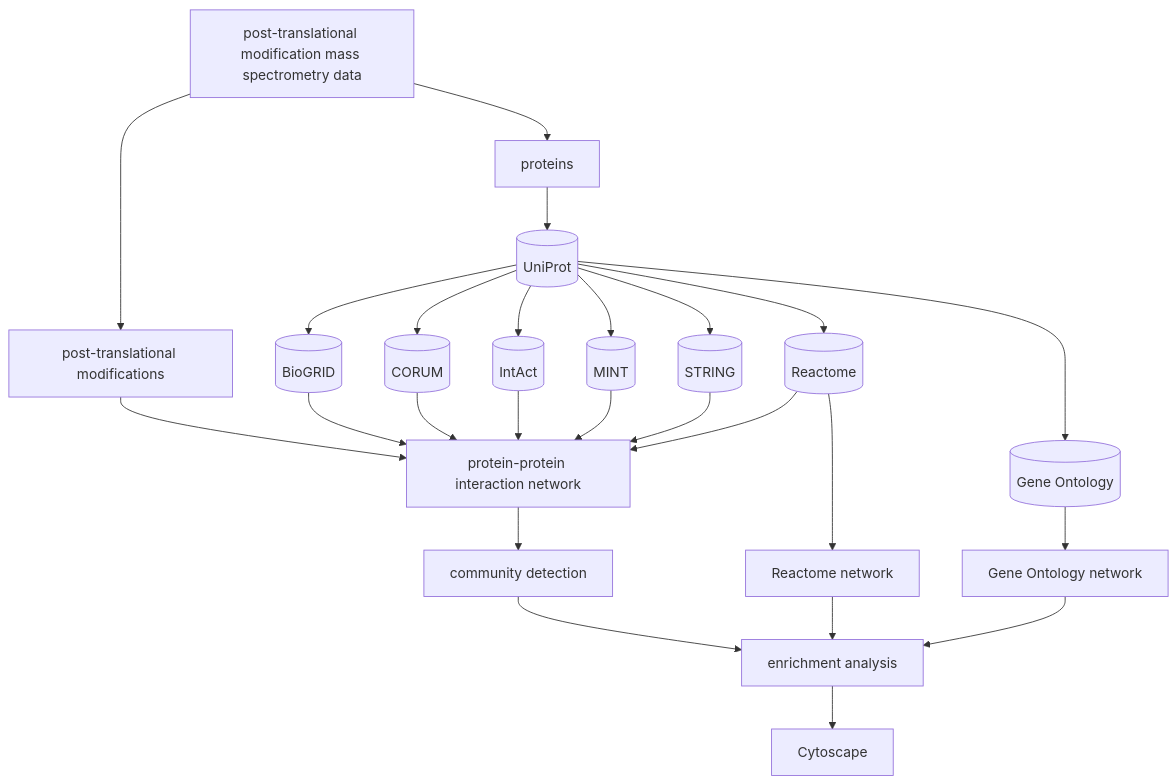
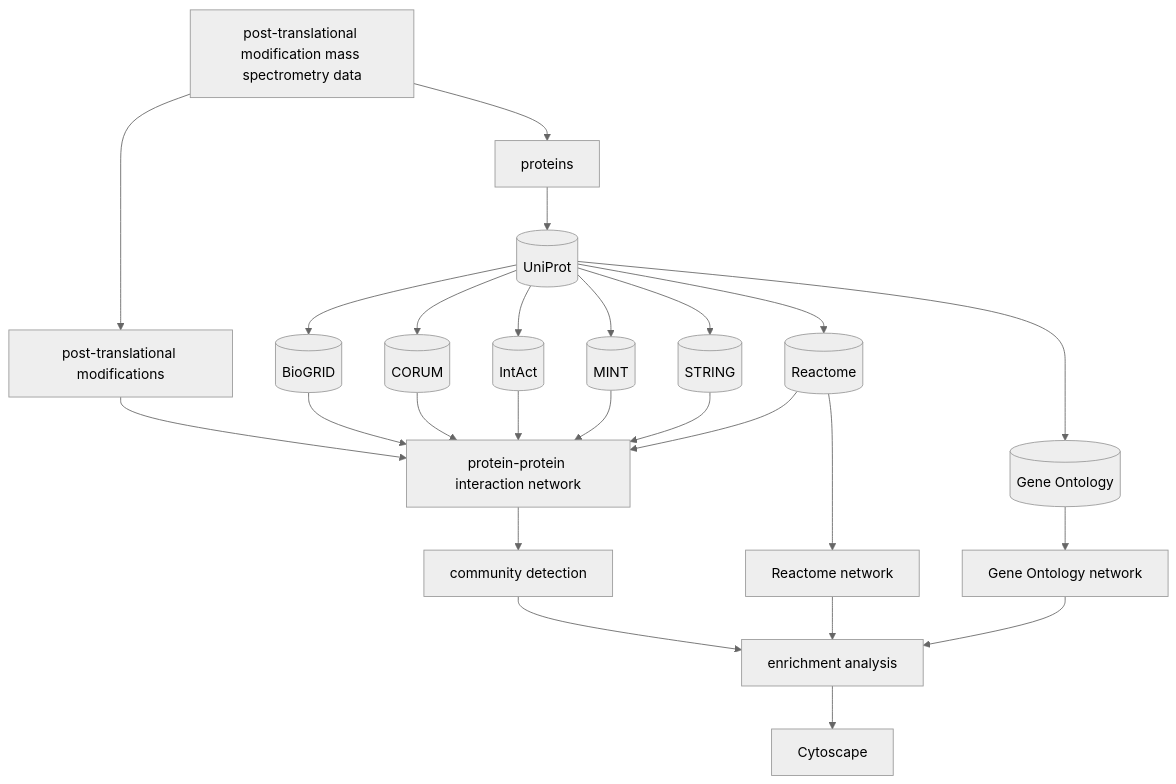
The diagram in README.md (MolBIFFM/diana), drawn with Mermaid before and after one commit.

Commit message:
flowchart

````diff
--- a/README.md
+++ b/README.md
@@ -52,34 +52,35 @@
 ```mermaid
 flowchart
+  %%{init: { "theme": "neutral"} }%%
   ptm-ms-data[post-translational modification mass spectrometry data] -->
     proteins[proteins]
   ptm-ms-data --> ptm[post-translational modifications]
 
   proteins --> uniprot[(UniProt)]
   ptm -->
     protein-protein-interaction-network[protein-protein interaction network]
 
   uniprot --> biogrid[(BioGRID)]
   uniprot --> corum[(CORUM)]
   uniprot --> intact[(IntAct)]
   uniprot --> mint[(MINT)]
   uniprot --> reactome[(Reactome)]
   uniprot --> string[(STRING)]
   uniprot --> gene-ontology[(Gene Ontology)]
 
   biogrid --> protein-protein-interaction-network
   corum --> protein-protein-interaction-network
   intact--> protein-protein-interaction-network
   mint --> protein-protein-interaction-network
   string --> protein-protein-interaction-network
   reactome --> protein-protein-interaction-network
   gene-ontology --> gene-ontology-network[Gene Ontology network]
   reactome --> reactome-network[Reactome network]
 
   protein-protein-interaction-network -->
     community-detection[community detection]
   community-detection --> enrichment-analysis[enrichment analysis]
   reactome-network --> enrichment-analysis
   gene-ontology-network --> enrichment-analysis
   enrichment-analysis --> cytoscape[Cytoscape]
 ```
````
